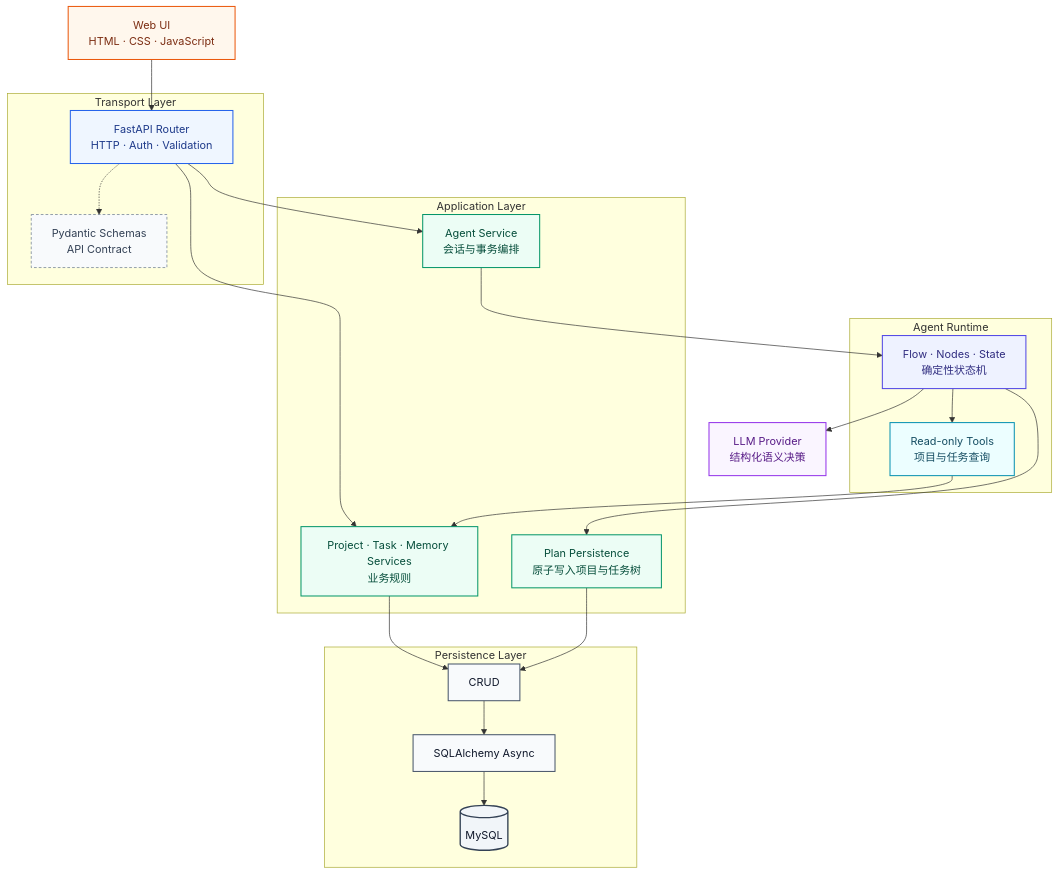
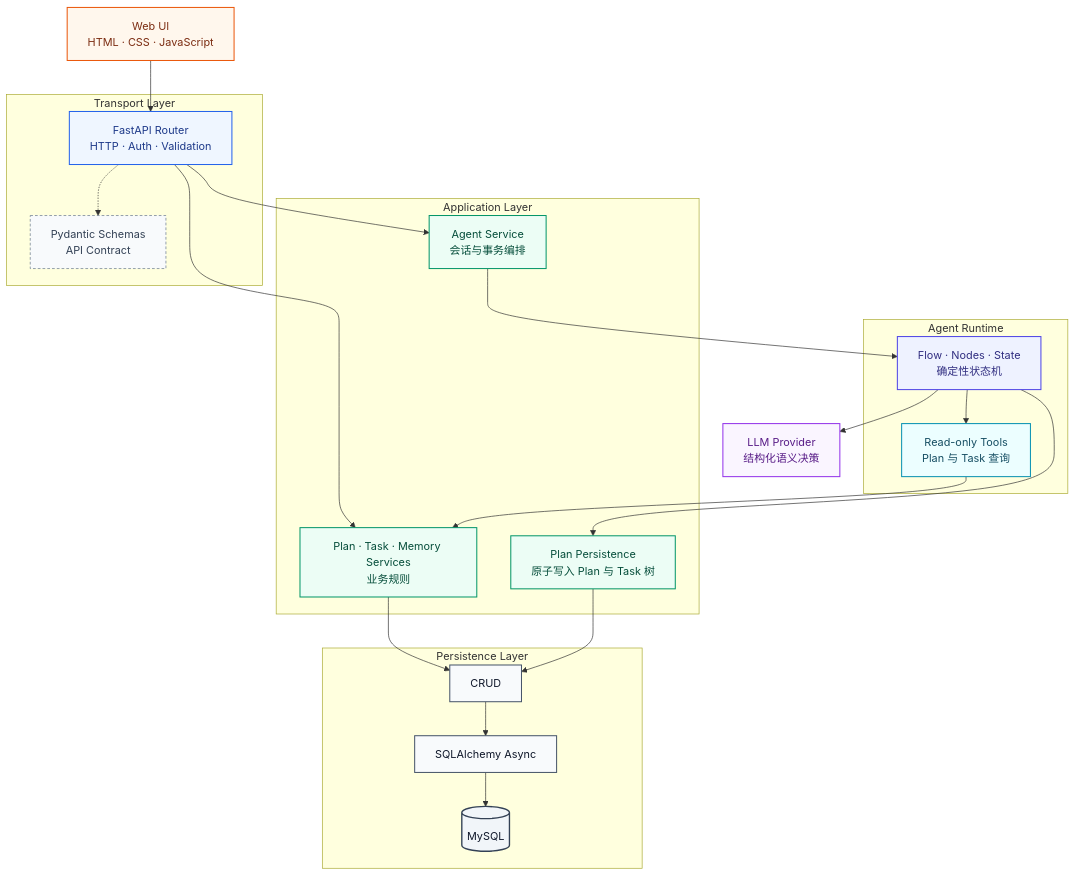
One commit to weii2000/task_manager changed the second of 2 diagrams in README.md. Above: the diagram before and after it, drawn with Mermaid. The commit also changed other lines of this file and 65 other files, not shown here.

````diff
--- a/README.md
+++ b/README.md
@@ -88,51 +88,51 @@
 ```mermaid
 flowchart TB
     UI["Web UI<br/>HTML · CSS · JavaScript"]:::client
 
     subgraph TRANSPORT["Transport Layer"]
         ROUTER["FastAPI Router<br/>HTTP · Auth · Validation"]:::transport
         CONTRACT["Pydantic Schemas<br/>API Contract"]:::contract
     end
 
     subgraph APPLICATION["Application Layer"]
         AGENT_SERVICE["Agent Service<br/>会话与事务编排"]:::service
-        DOMAIN_SERVICE["Project · Task · Memory Services<br/>业务规则"]:::service
-        PLAN_WRITE["Plan Persistence<br/>原子写入项目与任务树"]:::service
+        DOMAIN_SERVICE["Plan · Task · Memory Services<br/>业务规则"]:::service
+        PLAN_WRITE["Plan Persistence<br/>原子写入 Plan 与 Task 树"]:::service
     end
 
     subgraph AGENT["Agent Runtime"]
         RUNTIME["Flow · Nodes · State<br/>确定性状态机"]:::agent
-        TOOLS["Read-only Tools<br/>项目与任务查询"]:::tool
+        TOOLS["Read-only Tools<br/>Plan 与 Task 查询"]:::tool
     end
 
     LLM["LLM Provider<br/>结构化语义决策"]:::external
 
     subgraph PERSISTENCE["Persistence Layer"]
         CRUD["CRUD"]:::data
         ORM["SQLAlchemy Async"]:::data
         DB[("MySQL")]:::database
     end
 
     UI --> ROUTER
     ROUTER -.-> CONTRACT
     ROUTER --> AGENT_SERVICE
     ROUTER --> DOMAIN_SERVICE
     AGENT_SERVICE --> RUNTIME
     RUNTIME --> LLM
     RUNTIME --> TOOLS
     TOOLS --> DOMAIN_SERVICE
     RUNTIME --> PLAN_WRITE
     DOMAIN_SERVICE --> CRUD
     PLAN_WRITE --> CRUD
     CRUD --> ORM --> DB
 
     classDef client fill:#FFF7ED,stroke:#EA580C,color:#7C2D12,stroke-width:1.5px
     classDef transport fill:#EFF6FF,stroke:#2563EB,color:#1E3A8A,stroke-width:1.5px
     classDef contract fill:#F8FAFC,stroke:#64748B,color:#334155,stroke-dasharray:4 3
     classDef service fill:#ECFDF5,stroke:#059669,color:#064E3B,stroke-width:1.5px
     classDef agent fill:#EEF2FF,stroke:#4F46E5,color:#312E81,stroke-width:1.5px
     classDef tool fill:#ECFEFF,stroke:#0891B2,color:#164E63,stroke-width:1.5px
     classDef external fill:#FAF5FF,stroke:#9333EA,color:#581C87,stroke-width:1.5px
     classDef data fill:#F8FAFC,stroke:#475569,color:#0F172A,stroke-width:1.5px
     classDef database fill:#F1F5F9,stroke:#334155,color:#0F172A,stroke-width:2px
 ```
````
